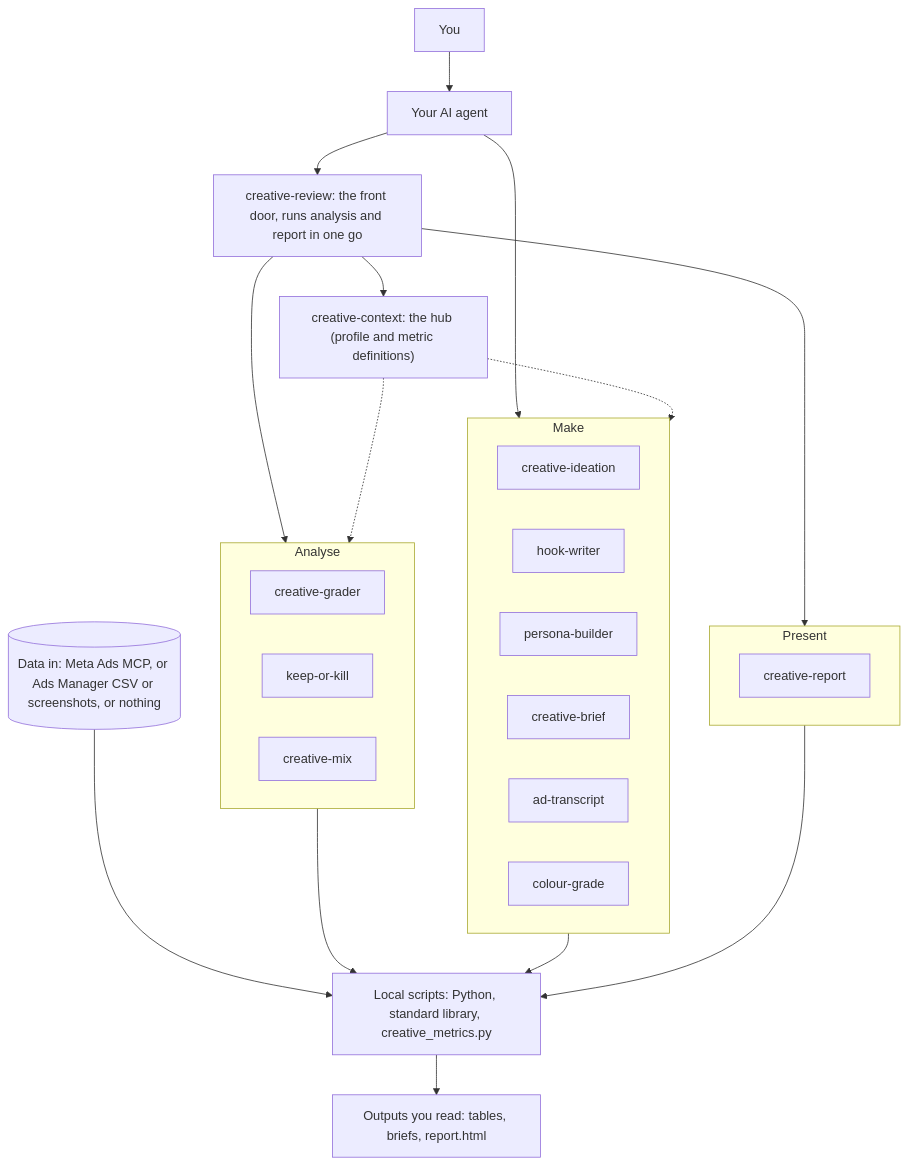
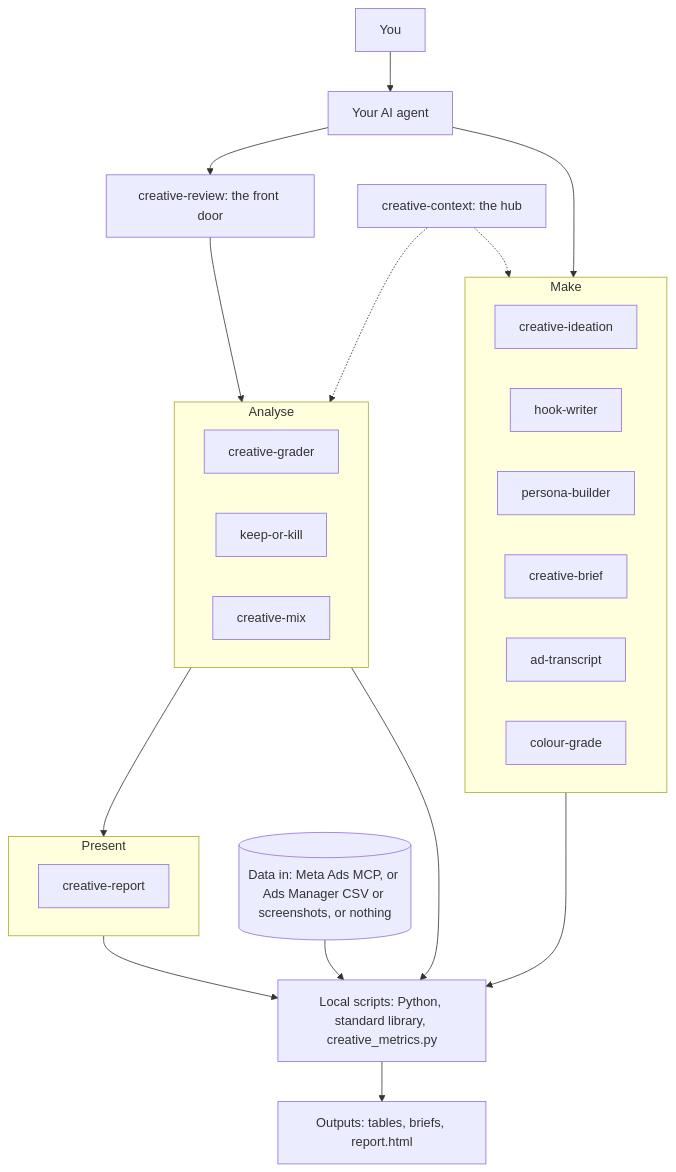
One commit to adamsz-er/jumbo-creative-skills changed the diagram in README.md. Above: the diagram before and after it, drawn with Mermaid. The commit also changed other lines of this file and 7 other files, not shown here.

Commit message:
Docs review fixes: honest privacy wording, hook rate definition, verbatim error fixes, two-way flag and default tests, simpler diagram

````diff
--- a/README.md
+++ b/README.md
@@ -41,32 +41,31 @@
 ```mermaid
 flowchart TD
   you["You"] --> agent["Your AI agent"]
-  agent --> front["creative-review: the front door, runs analysis and report in one go"]
+  agent --> front["creative-review: the front door"]
+  front --> analyse
+  analyse --> present
   agent --> make
-  front --> hub["creative-context: the hub (profile and metric definitions)"]
-  front --> analyse
-  front --> present
-  hub -.-> analyse
+  hub["creative-context: the hub"] -.-> analyse
   hub -.-> make
   subgraph analyse["Analyse"]
     grader["creative-grader"]
     kok["keep-or-kill"]
     mix["creative-mix"]
   end
   subgraph make["Make"]
     ideation["creative-ideation"]
     hooks["hook-writer"]
     persona["persona-builder"]
     brief["creative-brief"]
     transcript["ad-transcript"]
     colour["colour-grade"]
   end
   subgraph present["Present"]
     report["creative-report"]
   end
-  analyse --> scripts["Local scripts: Python, standard library, creative_metrics.py"]
+  data[("Data in: Meta Ads MCP, or Ads Manager CSV or screenshots, or nothing")] --> scripts
+  analyse --> scripts
   make --> scripts
   present --> scripts
-  data[("Data in: Meta Ads MCP, or Ads Manager CSV or screenshots, or nothing")] --> scripts
-  scripts --> out["Outputs you read: tables, briefs, report.html"]
+  scripts["Local scripts: Python, standard library, creative_metrics.py"] --> out["Outputs: tables, briefs, report.html"]
 ```
````
